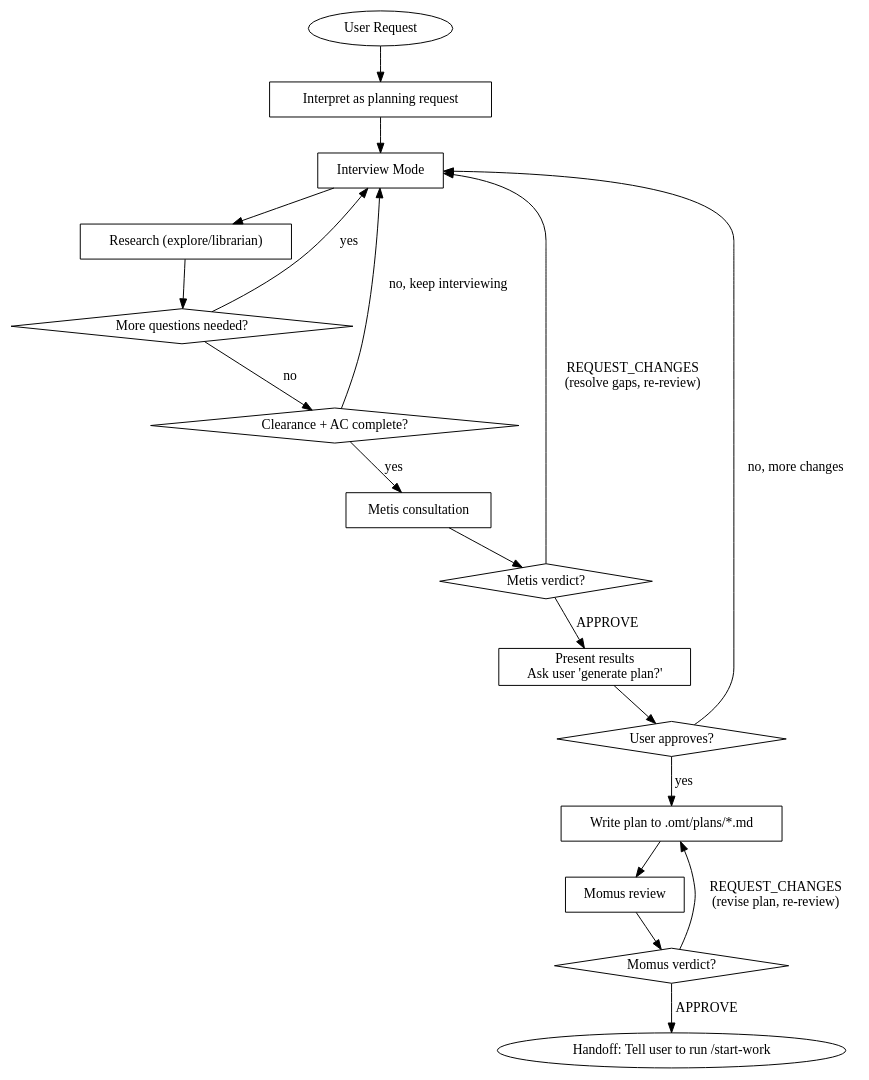
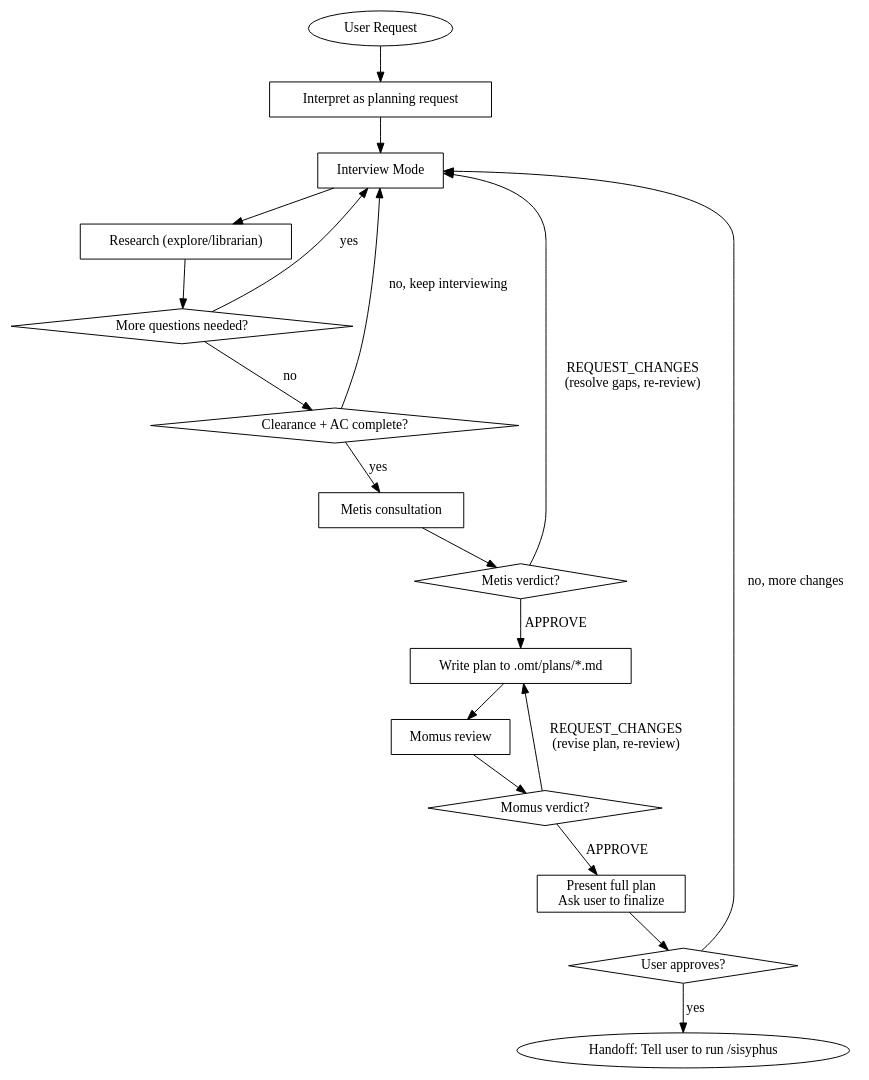
The diagram in skills/prometheus/SKILL.md (toongri/oh-my-toong-playground), drawn with Graphviz before and after one commit. The commit also changed other lines of this file, not shown here.

First line of the commit message:
docs: prometheus 워크플로우 재구성 및 게이트 강화

````diff
--- a/skills/prometheus/SKILL.md
+++ b/skills/prometheus/SKILL.md
@@ -51,38 +51,38 @@
 ```dot
 digraph prometheus_flow {
     rankdir=TB;
     "User Request" [shape=ellipse];
     "Interpret as planning request" [shape=box];
     "Interview Mode" [shape=box];
     "Research (explore/librarian)" [shape=box];
     "More questions needed?" [shape=diamond];
     "Clearance + AC complete?" [shape=diamond];
     "Metis consultation" [shape=box];
     "Metis verdict?" [shape=diamond];
-    "Present results\nAsk user 'generate plan?'" [shape=box];
-    "User approves?" [shape=diamond];
     "Write plan to .omt/plans/*.md" [shape=box];
     "Momus review" [shape=box];
     "Momus verdict?" [shape=diamond];
-    "Handoff: Tell user to run /start-work" [shape=ellipse];
+    "Present full plan\nAsk user to finalize" [shape=box];
+    "User approves?" [shape=diamond];
+    "Handoff: Tell user to run /sisyphus" [shape=ellipse];
 
     "User Request" -> "Interpret as planning request";
     "Interpret as planning request" -> "Interview Mode";
     "Interview Mode" -> "Research (explore/librarian)";
     "Research (explore/librarian)" -> "More questions needed?";
     "More questions needed?" -> "Interview Mode" [label="yes"];
     "More questions needed?" -> "Clearance + AC complete?" [label="no"];
     "Clearance + AC complete?" -> "Interview Mode" [label="no, keep interviewing"];
     "Clearance + AC complete?" -> "Metis consultation" [label="yes"];
     "Metis consultation" -> "Metis verdict?";
     "Metis verdict?" -> "Interview Mode" [label="REQUEST_CHANGES\n(resolve gaps, re-review)"];
-    "Metis verdict?" -> "Present results\nAsk user 'generate plan?'" [label="APPROVE"];
-    "Present results\nAsk user 'generate plan?'" -> "User approves?";
-    "User approves?" -> "Interview Mode" [label="no, more changes"];
-    "User approves?" -> "Write plan to .omt/plans/*.md" [label="yes"];
+    "Metis verdict?" -> "Write plan to .omt/plans/*.md" [label="APPROVE"];
     "Write plan to .omt/plans/*.md" -> "Momus review";
     "Momus review" -> "Momus verdict?";
     "Momus verdict?" -> "Write plan to .omt/plans/*.md" [label="REQUEST_CHANGES\n(revise plan, re-review)"];
-    "Momus verdict?" -> "Handoff: Tell user to run /start-work" [label="APPROVE"];
+    "Momus verdict?" -> "Present full plan\nAsk user to finalize" [label="APPROVE"];
+    "Present full plan\nAsk user to finalize" -> "User approves?";
+    "User approves?" -> "Interview Mode" [label="no, more changes"];
+    "User approves?" -> "Handoff: Tell user to run /sisyphus" [label="yes"];
 }
 ```
````
